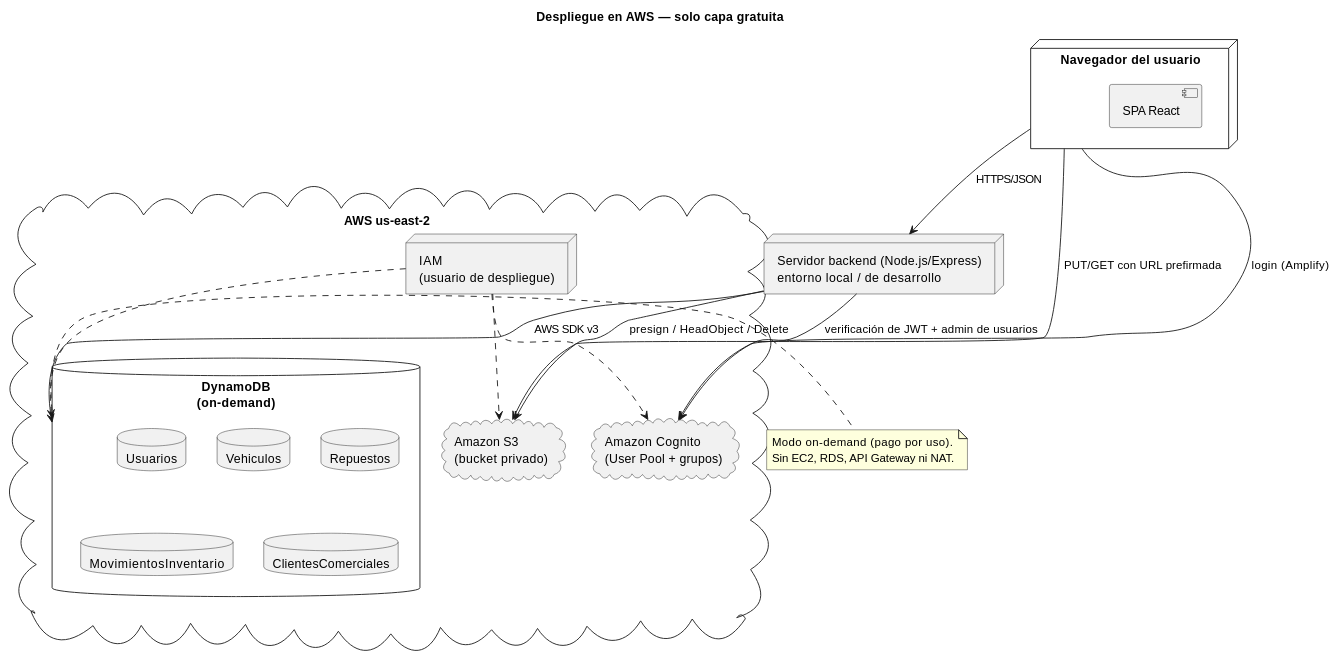
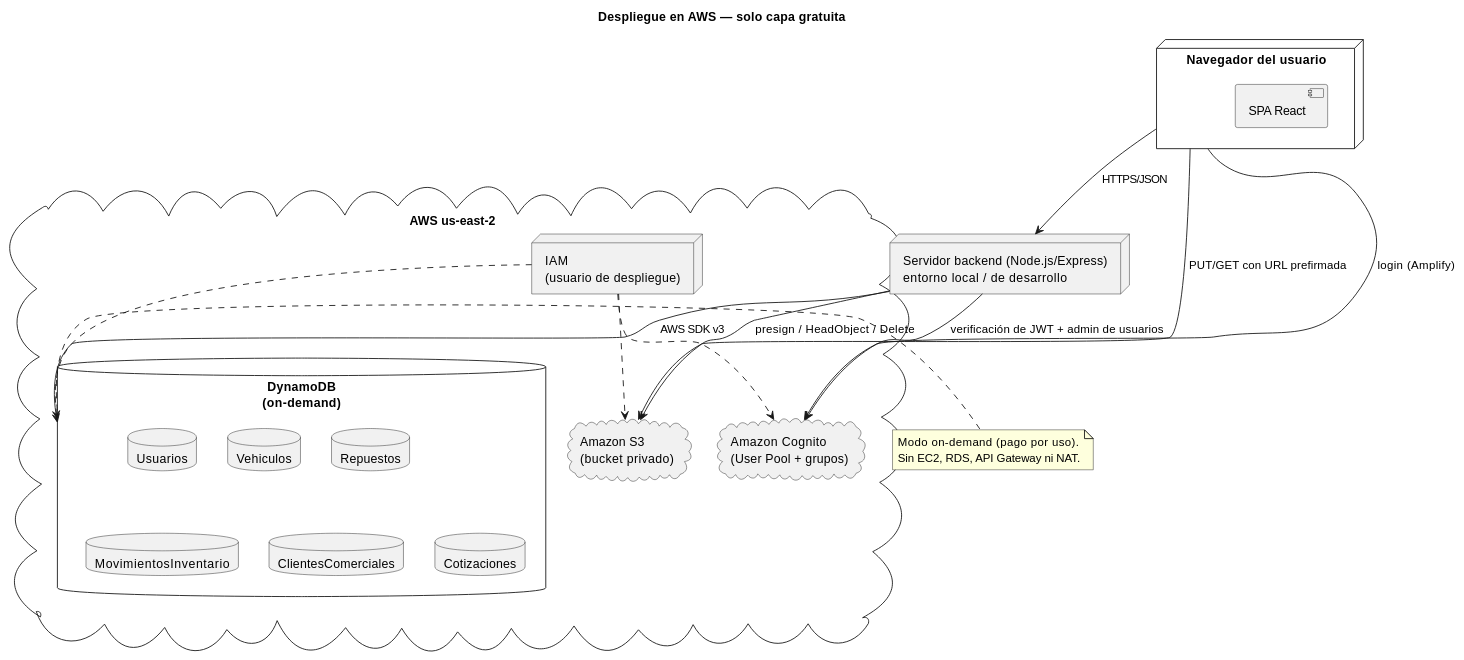
Before and after one commit to dgschahvqvc17/Concesionaria-BMW: the second of 12 diagrams in documentacion/diagramas.md, drawn with PlantUML. The commit also changed other lines of this file and 35 other files, not shown here.

````diff
--- a/documentacion/diagramas.md
+++ b/documentacion/diagramas.md
@@ -75,40 +76,41 @@
 ```plantuml
 @startuml
 title Despliegue en AWS — solo capa gratuita
 skinparam shadowing false
 
 node "Navegador del usuario" as browser {
   component "SPA React" as spa
 }
 
 node "Servidor backend (Node.js/Express)\nentorno local / de desarrollo" as api
 
 cloud "AWS us-east-2" {
   database "DynamoDB\n(on-demand)" as ddb {
     database "Usuarios" as t1
     database "Vehiculos" as t2
     database "Repuestos" as t3
     database "MovimientosInventario" as t4
     database "ClientesComerciales" as t5
+    database "Cotizaciones" as t6
   }
   cloud "Amazon S3\n(bucket privado)" as s3
   cloud "Amazon Cognito\n(User Pool + grupos)" as cognito
   node "IAM\n(usuario de despliegue)" as iam
 }
 
 browser --> api : HTTPS/JSON
 browser --> cognito : login (Amplify)
 browser --> s3 : PUT/GET con URL prefirmada
 api --> ddb : AWS SDK v3
 api --> s3 : presign / HeadObject / Delete
 api --> cognito : verificación de JWT + admin de usuarios
 iam ..> ddb
 iam ..> s3
 iam ..> cognito
 
 note right of ddb
   Modo on-demand (pago por uso).
   Sin EC2, RDS, API Gateway ni NAT.
 end note
 @enduml
 ```
````
